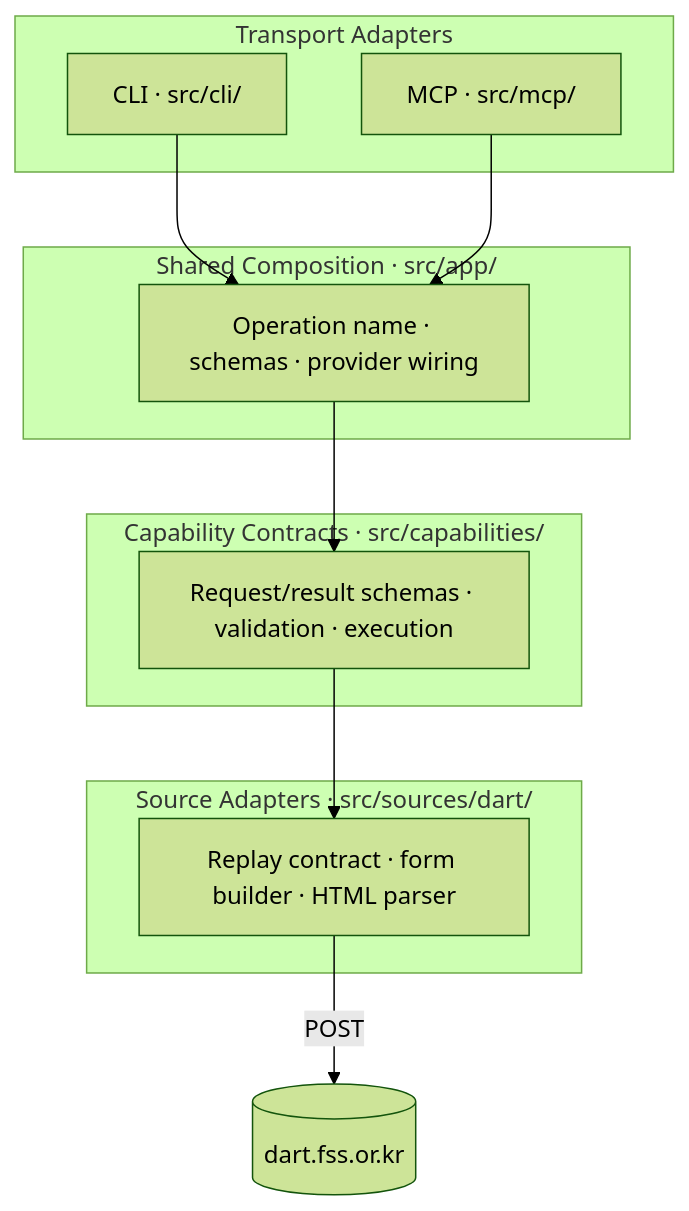
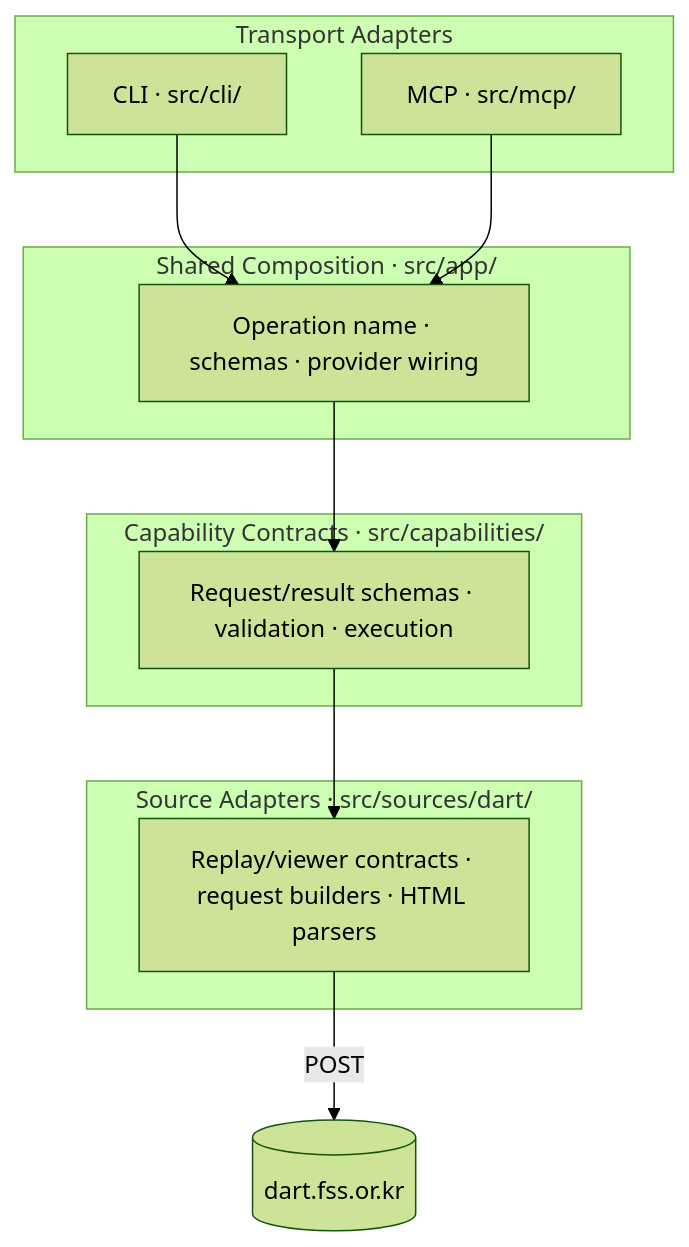
One commit to cpaikr/darty changed the first of 6 diagrams in src/ARCHITECTURE.md. Above: the diagram before and after it, drawn with Mermaid (forest theme). The commit also changed other lines of this file and 32 other files, not shown here.

````diff
--- a/src/ARCHITECTURE.md
+++ b/src/ARCHITECTURE.md
@@ -23,25 +23,25 @@
 ```mermaid
 graph TD
     subgraph Transport["Transport Adapters"]
         CLI["CLI · src/cli/"]
         MCP["MCP · src/mcp/"]
     end
 
     subgraph App["Shared Composition · src/app/"]
         APP["Operation name · schemas · provider wiring"]
     end
 
     subgraph Cap["Capability Contracts · src/capabilities/"]
         CAP["Request/result schemas · validation · execution"]
     end
 
     subgraph Src["Source Adapters · src/sources/dart/"]
-        SRC["Replay contract · form builder · HTML parser"]
+        SRC["Replay/viewer contracts · request builders · HTML parsers"]
     end
 
     CLI --> APP
     MCP --> APP
     APP --> CAP
     CAP --> SRC
     SRC -->|POST| DART[("dart.fss.or.kr")]
 ```
````
